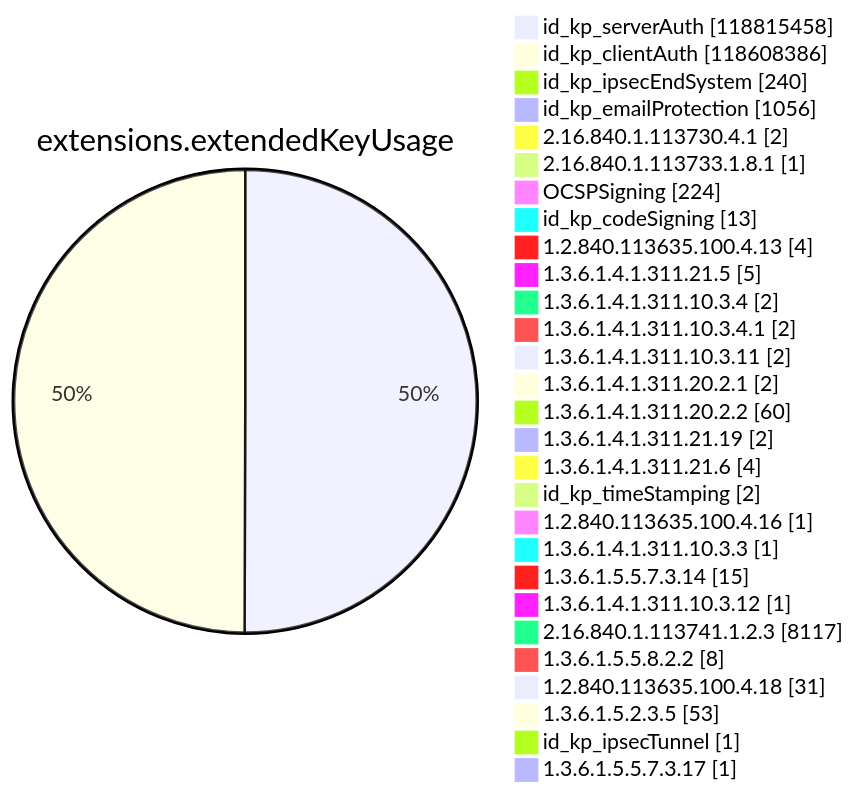
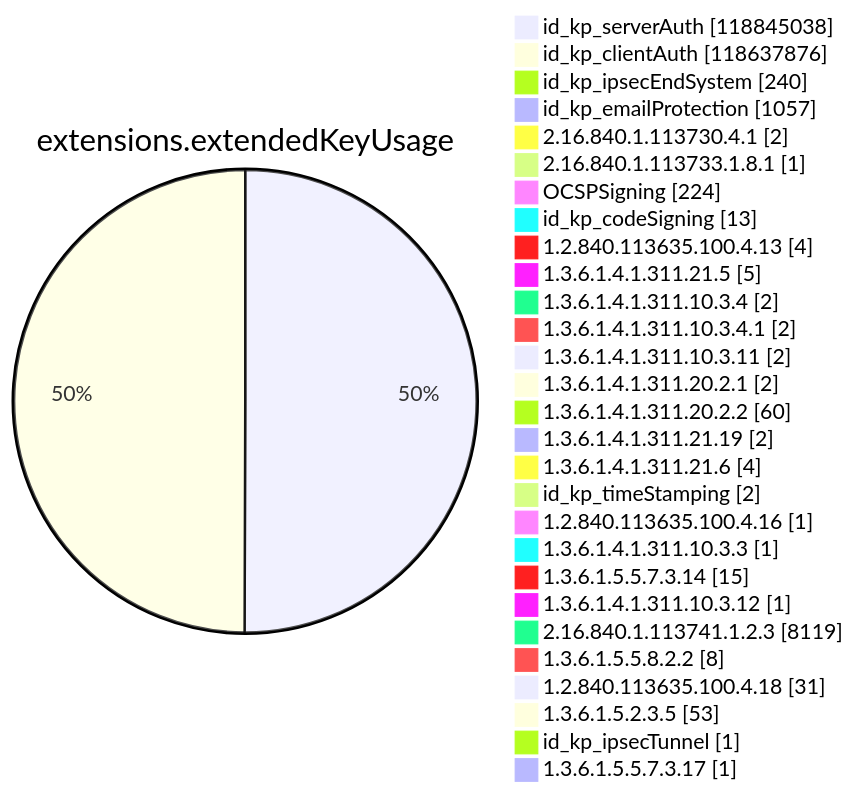
One commit to christiankrug/ctmonitor_visualization changed diagram 11 of 15 in argon2023/README.md. Above: the diagram before and after it, drawn with Mermaid. The commit also changed other lines of this file, not shown here.

````diff
--- a/argon2023/README.md
+++ b/argon2023/README.md
@@ -2686,32 +2686,32 @@
 ```mermaid
 pie showData
 title extensions.extendedKeyUsage
-"id_kp_serverAuth" :118815458
-"id_kp_clientAuth" :118608386
+"id_kp_serverAuth" :118845038
+"id_kp_clientAuth" :118637876
 "id_kp_ipsecEndSystem" :240
-"id_kp_emailProtection" :1056
+"id_kp_emailProtection" :1057
 "2.16.840.1.113730.4.1" :2
 "2.16.840.1.113733.1.8.1" :1
 "OCSPSigning" :224
 "id_kp_codeSigning" :13
 "1.2.840.113635.100.4.13" :4
 "1.3.6.1.4.1.311.21.5" :5
 "1.3.6.1.4.1.311.10.3.4" :2
 "1.3.6.1.4.1.311.10.3.4.1" :2
 "1.3.6.1.4.1.311.10.3.11" :2
 "1.3.6.1.4.1.311.20.2.1" :2
 "1.3.6.1.4.1.311.20.2.2" :60
 "1.3.6.1.4.1.311.21.19" :2
 "1.3.6.1.4.1.311.21.6" :4
 "id_kp_timeStamping" :2
 "1.2.840.113635.100.4.16" :1
 "1.3.6.1.4.1.311.10.3.3" :1
 "1.3.6.1.5.5.7.3.14" :15
 "1.3.6.1.4.1.311.10.3.12" :1
-"2.16.840.1.113741.1.2.3" :8117
+"2.16.840.1.113741.1.2.3" :8119
 "1.3.6.1.5.5.8.2.2" :8
 "1.2.840.113635.100.4.18" :31
 "1.3.6.1.5.2.3.5" :53
 "id_kp_ipsecTunnel" :1
 "1.3.6.1.5.5.7.3.17" :1
 ```
````
